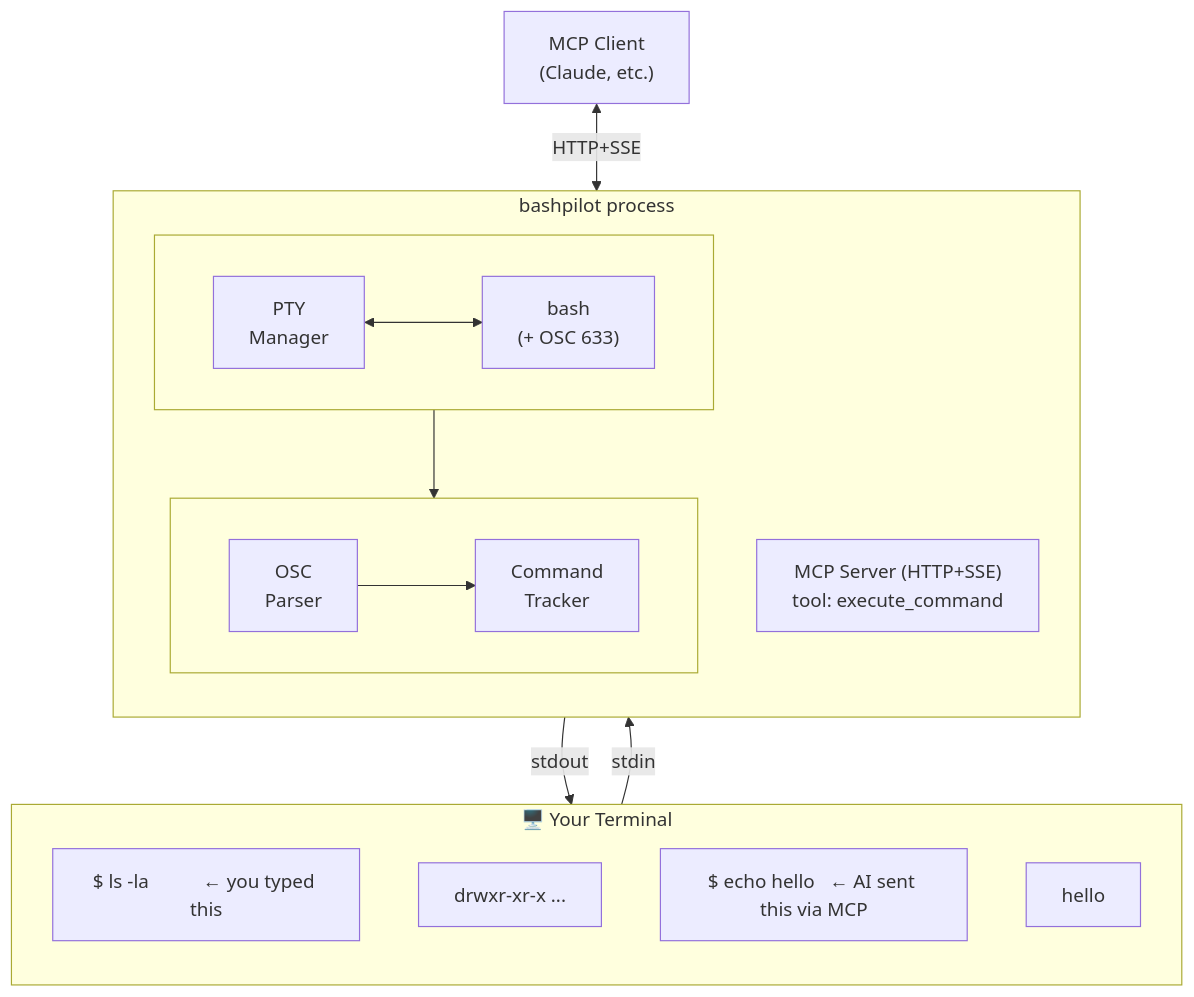
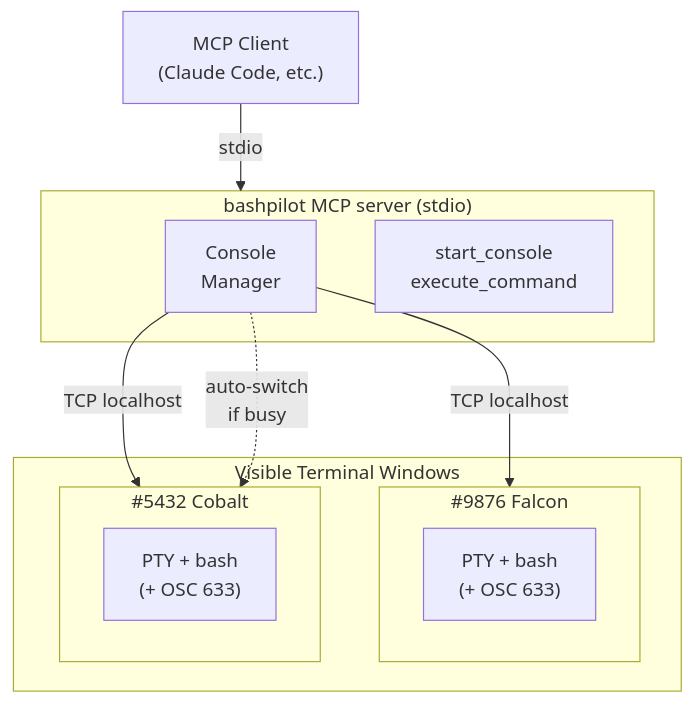
One commit to yotsuda/bashpilot changed the diagram in README.md. Above: the diagram before and after it, drawn with Mermaid. The commit also changed other lines of this file, not shown here.

First line of the commit message:
Update README for new architecture (stdio + start_console)

````diff
--- a/README.md
+++ b/README.md
@@ -13,34 +13,23 @@
 ```mermaid
 graph TB
-    subgraph Terminal["🖥️ Your Terminal"]
-        direction TB
-        T1["$ ls -la &nbsp; &nbsp; &nbsp; &nbsp; &nbsp; ← you typed this"]
-        T2["drwxr-xr-x ..."]
-        T3["$ echo hello &nbsp; ← AI sent this via MCP"]
-        T4["hello"]
+    Client["MCP Client<br/>(Claude Code, etc.)"]
+
+    subgraph MCP["bashpilot MCP server (stdio)"]
+        CM["Console<br/>Manager"]
+        Tools["start_console<br/>execute_command"]
     end
 
-    subgraph BP["bashpilot process"]
-        direction TB
-        subgraph Core[" "]
-            direction LR
-            PTY["PTY<br/>Manager"]
-            BASH["bash<br/>(+ OSC 633)"]
-            PTY <--> BASH
+    subgraph Consoles["Visible Terminal Windows"]
+        subgraph C1["#9876 Falcon"]
+            PTY1["PTY + bash<br/>(+ OSC 633)"]
         end
-        subgraph Processing[" "]
-            direction LR
-            OSC["OSC<br/>Parser"]
-            CT["Command<br/>Tracker"]
-            OSC --> CT
+        subgraph C2["#5432 Cobalt"]
+            PTY2["PTY + bash<br/>(+ OSC 633)"]
         end
-        PTY --> OSC
-        MCP["MCP Server (HTTP+SSE)<br/>tool: execute_command"]
     end
 
-    Client["MCP Client<br/>(Claude, etc.)"]
-
-    Terminal -- "stdin" --> BP
-    BP -- "stdout" --> Terminal
-    Client <-- "HTTP+SSE" --> MCP
+    Client -- "stdio" --> MCP
+    CM -- "TCP localhost" --> C1
+    CM -- "TCP localhost" --> C2
+    CM -. "auto-switch<br/>if busy" .-> C2
 ```
````
